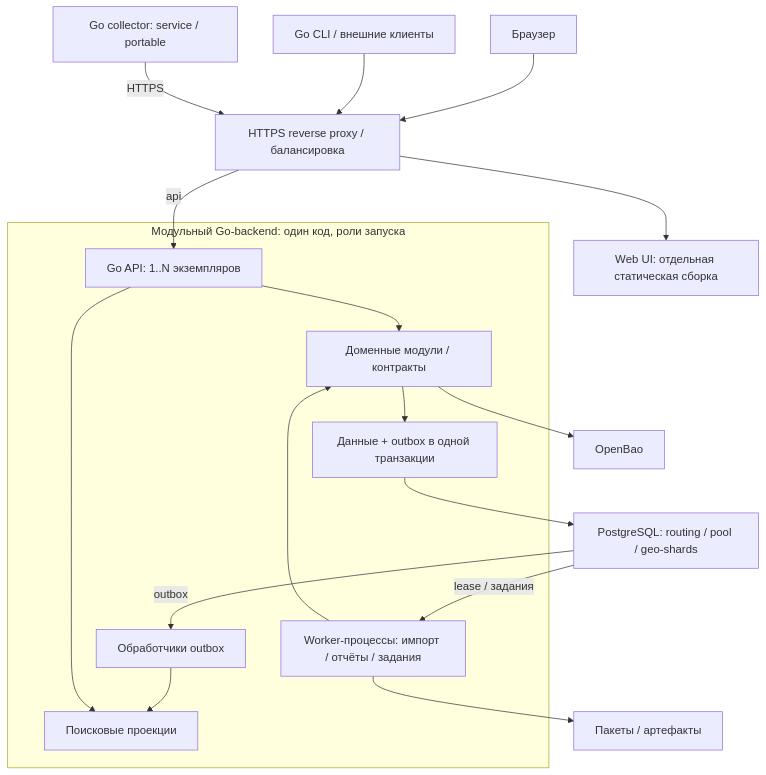
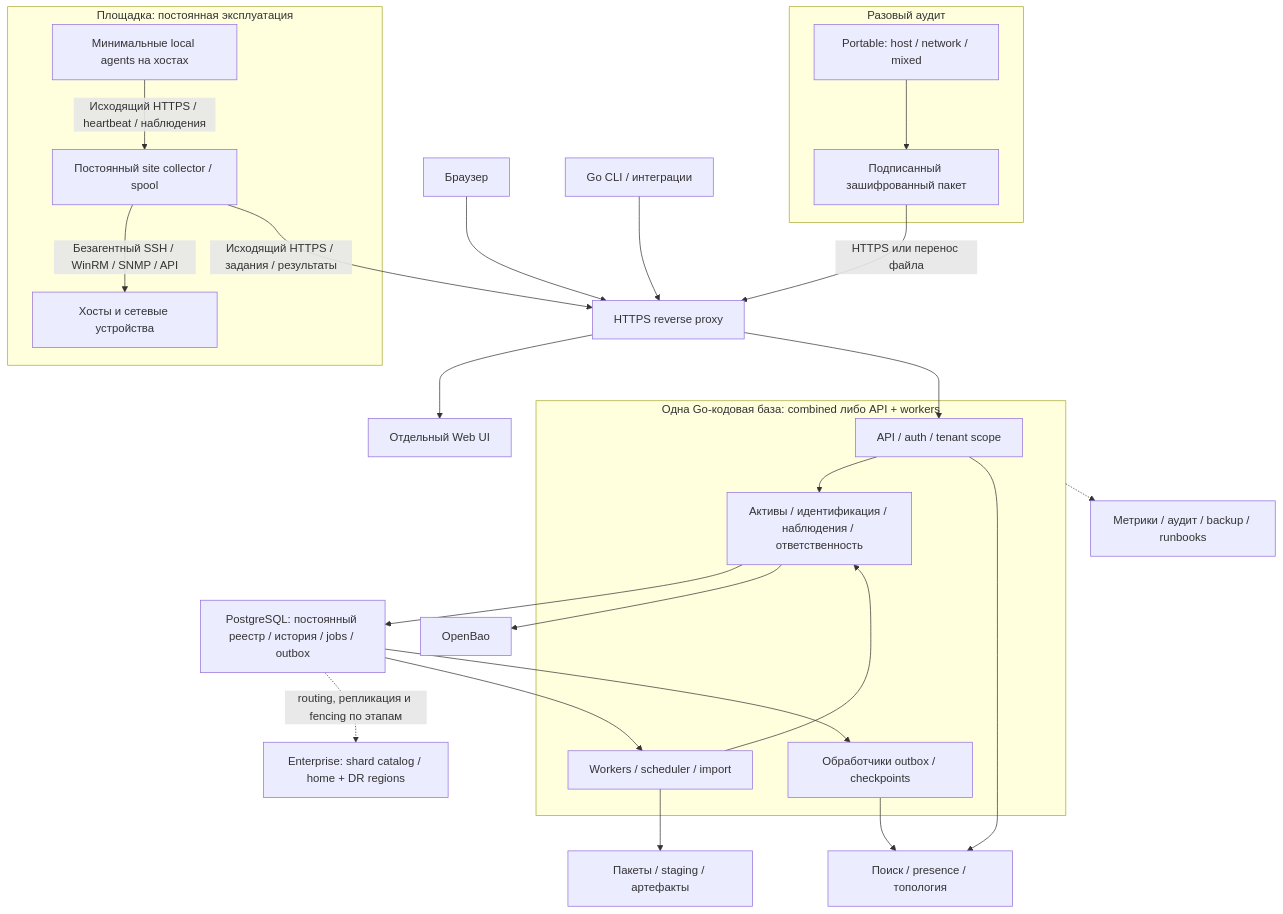
Before and after one commit to QgMixtate/surveyscan: the first of 5 diagrams in docs/architecture/go-target-architecture.md, drawn with Mermaid. The commit also changed other lines of this file and 271 other files, not shown here.

Commit message:
feat(v2): add C04 Go foundation, PostgreSQL migrations and dev CI

````diff
--- a/docs/architecture/go-target-architecture.md
+++ b/docs/architecture/go-target-architecture.md
@@ -11,21 +11,30 @@
 ```mermaid
 flowchart TB
-    Browser["Браузер"] --> Edge["HTTPS reverse proxy / балансировка"]
-    Edge --> Web["Web UI: отдельная статическая сборка"]
-    Edge -->|"api"| API["Go API: 1..N экземпляров"]
-    CLI["Go CLI / внешние клиенты"] --> Edge
-    Collector["Go collector: service / portable"] -->|"HTTPS"| Edge
-
-    subgraph Backend["Модульный Go-backend: один код, роли запуска"]
-        API --> Domain["Доменные модули / контракты"]
-        Worker["Worker-процессы: импорт / отчёты / задания"] --> Domain
-        Domain --> Tx["Данные + outbox в одной транзакции"]
-        Dispatcher["Обработчики outbox"] --> Search["Поисковые проекции"]
+    Browser["Браузер"] --> Edge["HTTPS reverse proxy"]
+    Edge --> UI["Отдельный Web UI"]
+    CLI["Go CLI / интеграции"] --> Edge
+    subgraph Site["Площадка: постоянная эксплуатация"]
+        Agent["Минимальные local agents на хостах"] -->|"Исходящий HTTPS / heartbeat / наблюдения"| Collector["Постоянный site collector / spool"]
+        Collector -->|"Безагентный SSH / WinRM / SNMP / API"| Targets["Хосты и сетевые устройства"]
     end
-    Tx --> PG["PostgreSQL: routing / pool / geo-shards"]
-    PG -->|"lease / задания"| Worker
-    PG -->|"outbox"| Dispatcher
+    subgraph Audit["Разовый аудит"]
+        Portable["Portable: host / network / mixed"] --> Pack["Подписанный зашифрованный пакет"]
+    end
+    Collector -->|"Исходящий HTTPS / задания / результаты"| Edge
+    Pack -->|"HTTPS или перенос файла"| Edge
+    subgraph Go["Одна Go-кодовая база: combined либо API + workers"]
+        API["API / auth / tenant scope"] --> Domain["Активы / идентификация / наблюдения / ответственность"]
+        Worker["Workers / scheduler / import"] --> Domain
+        Consumers["Обработчики outbox / checkpoints"]
+    end
+    Edge --> API
+    Domain --> PG["PostgreSQL: постоянный реестр / история / jobs / outbox"]
+    PG --> Worker
+    PG --> Consumers
     Domain --> Bao["OpenBao"]
-    Worker --> Artifacts["Пакеты / артефакты"]
-    API --> Search
+    Worker --> Files["Пакеты / staging / артефакты"]
+    Consumers --> Projections["Поиск / presence / топология"]
+    API --> Projections
+    PG -. "routing, репликация и fencing по этапам" .-> Geo["Enterprise: shard catalog / home + DR regions"]
+    Go -.-> Ops["Метрики / аудит / backup / runbooks"]
 ```
````
